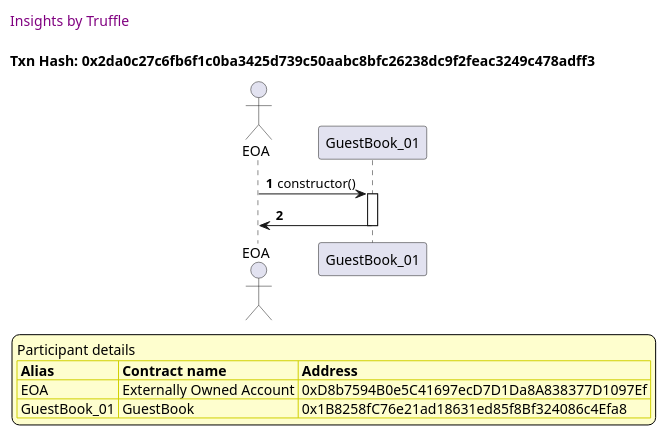
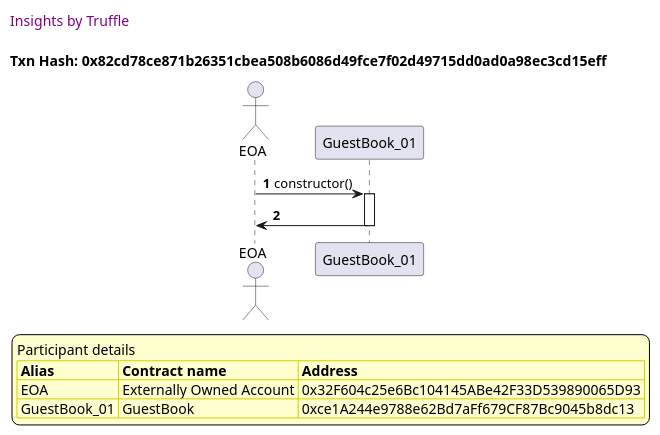
The fifth of 6 diagrams in truffle-seq/constructor.test.md (trufflesuite/txlog-seedlings), drawn with PlantUML before and after one commit. The commit also changed other lines of this file and 8 other files, not shown here.

````diff
--- a/truffle-seq/constructor.test.md
+++ b/truffle-seq/constructor.test.md
@@ -203,37 +203,37 @@
 ```plantuml
 
 
 @startuml
 
 autonumber
 skinparam legendBackgroundColor #FEFECE
 
 <style>
       header {
         HorizontalAlignment left
         FontColor purple
         FontSize 14
         Padding 10
       }
     </style>
 
 header Insights by Truffle
 
-title Txn Hash: 0x2da0c27c6fb6f1c0ba3425d739c50aabc8bfc26238dc9f2feac3249c478adff3
+title Txn Hash: 0x82cd78ce871b26351cbea508b6086d49fce7f02d49715dd0ad0a98ec3cd15eff
 
 
 actor EOA as "EOA"
 participant GuestBook_01 as "GuestBook_01"
 
 "EOA" -> "GuestBook_01" ++: constructor()
 "GuestBook_01" -> "EOA" --: 
 
 legend
 Participant details
 <#FEFECE,#D0D000>|= Alias |= Contract name |= Address |
-<#FEFECE>| EOA | Externally Owned Account | 0xD8b7594B0e5C41697ecD7D1Da8A838377D1097Ef |
-<#FEFECE>| GuestBook_01 | GuestBook | 0x1B8258fC76e21ad18631ed85f8Bf324086c4Efa8 |
+<#FEFECE>| EOA | Externally Owned Account | 0x32F604c25e6Bc104145ABe42F33D539890065D93 |
+<#FEFECE>| GuestBook_01 | GuestBook | 0xce1A244e9788e62Bd7aFf679CF87Bc9045b8dc13 |
 endlegend
 
 @enduml
 ```
````
